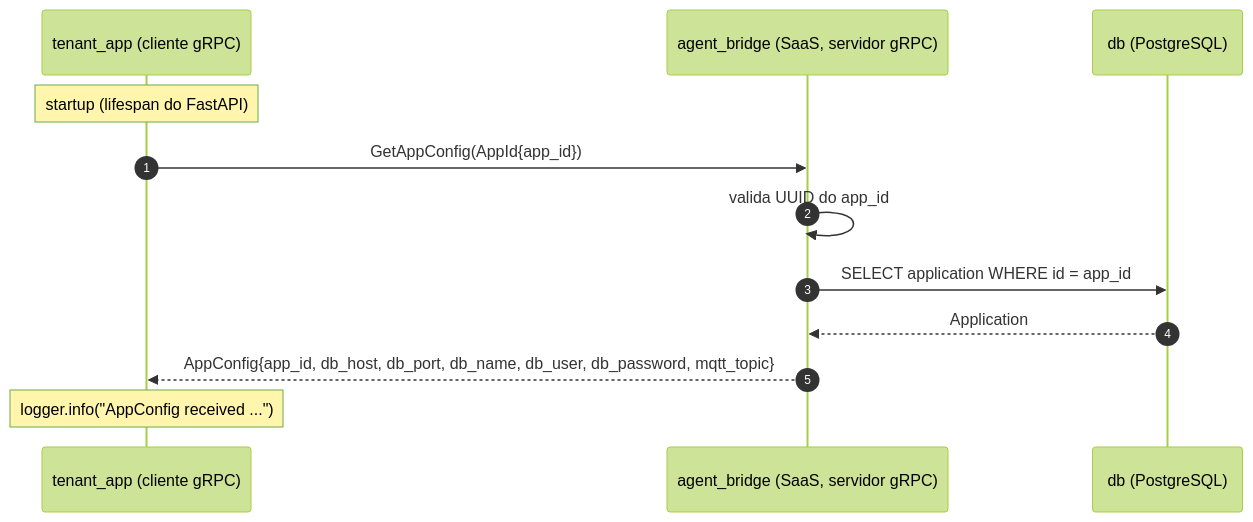
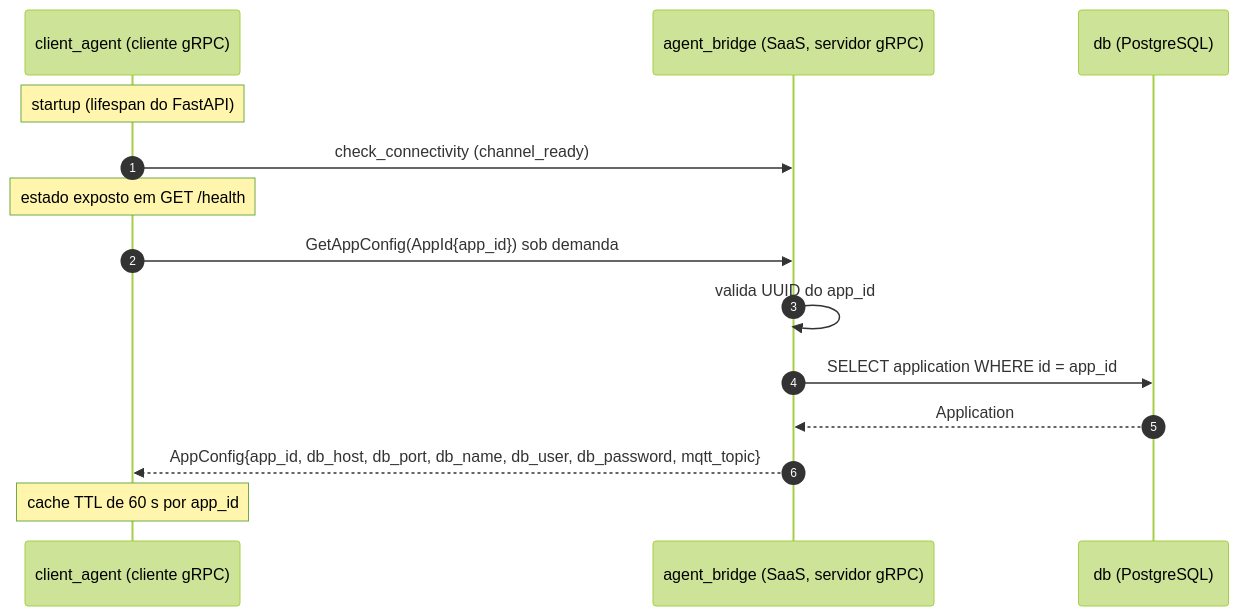
The second of 3 diagrams in docs/comunicacao_entre_servicos.md (IncludeLuisFerreira/LINX-LoRaWAN-Intelligence-Nexus), drawn with Mermaid (forest theme) before and after one commit. The commit also changed other lines of this file and 8 other files, not shown here.

````diff
--- a/docs/comunicacao_entre_servicos.md
+++ b/docs/comunicacao_entre_servicos.md
@@ -145,15 +144,17 @@
 ```mermaid
 sequenceDiagram
     autonumber
-    participant TA as tenant_app (cliente gRPC)
+    participant CA as client_agent (cliente gRPC)
     participant AB as agent_bridge (SaaS, servidor gRPC)
     participant DB as db (PostgreSQL)
 
-    Note over TA: startup (lifespan do FastAPI)
-    TA->>AB: GetAppConfig(AppId{app_id})
+    Note over CA: startup (lifespan do FastAPI)
+    CA->>AB: check_connectivity (channel_ready)
+    Note over CA: estado exposto em GET /health
+    CA->>AB: GetAppConfig(AppId{app_id}) sob demanda
     AB->>AB: valida UUID do app_id
     AB->>DB: SELECT application WHERE id = app_id
     DB-->>AB: Application
-    AB-->>TA: AppConfig{app_id, db_host, db_port, db_name, db_user, db_password, mqtt_topic}
-    Note over TA: logger.info("AppConfig received ...")
+    AB-->>CA: AppConfig{app_id, db_host, db_port, db_name, db_user, db_password, mqtt_topic}
+    Note over CA: cache TTL de 60 s por app_id
 ```
````
